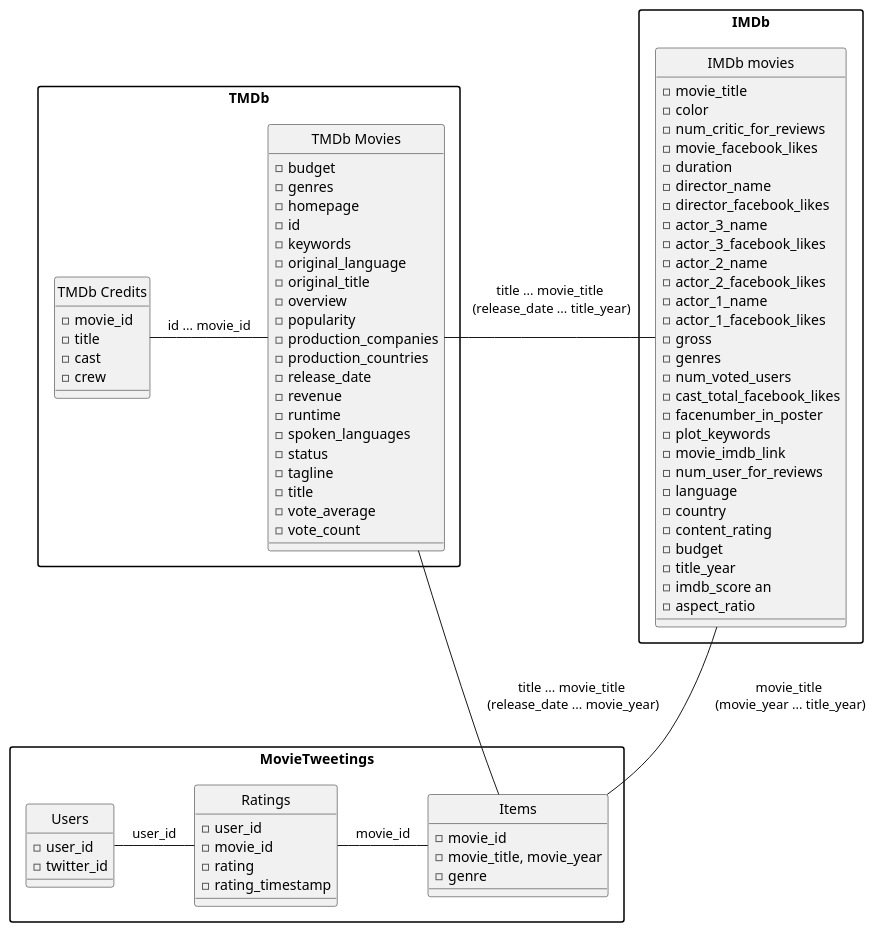
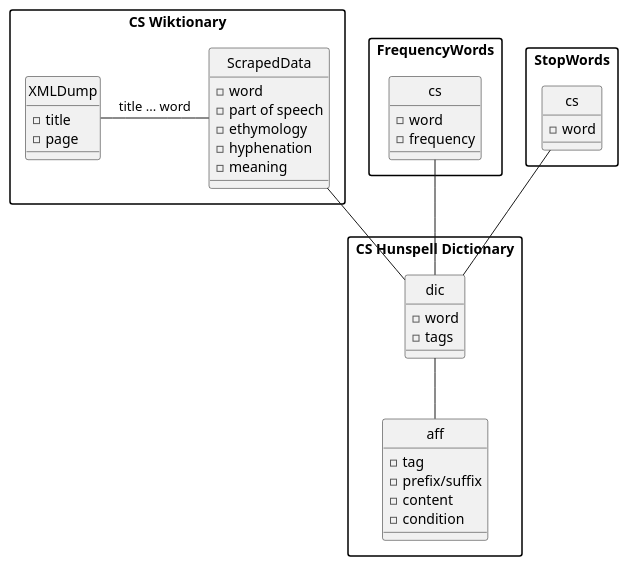
Before and after one commit to grissius/semantic-web: the diagram in relations.plantuml, drawn with PlantUML.

Commit message:
Add relationship diagram

```diff
--- a/relations.plantuml
+++ b/relations.plantuml
@@ -1,99 +1,55 @@
 @startuml
 ' skinparam handwritten true
 skinparam monochrome true
 hide circle
 skinparam packageStyle rectangle
 
-package IMDb {
-  class "IMDb movies" as IMDbt {
-    - movie_title
-    - color
-    - num_critic_for_reviews
-    - movie_facebook_likes
-    - duration
-    - director_name
-    - director_facebook_likes
-    - actor_3_name
-    - actor_3_facebook_likes
-    - actor_2_name
-    - actor_2_facebook_likes
-    - actor_1_name
-    - actor_1_facebook_likes
-    - gross
-    - genres
-    - num_voted_users
-    - cast_total_facebook_likes
-    - facenumber_in_poster
-    - plot_keywords
-    - movie_imdb_link
-    - num_user_for_reviews
-    - language
-    - country
-    - content_rating
-    - budget
-    - title_year
-    - imdb_score an
-    - aspect_ratio
+package "CS Wiktionary" as Wiktionary {
+  class XMLDump {
+    - title
+    - page
   }
-}
-package TMDb {
-  class "TMDb Credits" as tmdbc {
-    - movie_id
-    - title
-    - cast
-    - crew
+  class ScrapedData {
+    - word
+    - part of speech
+    - ethymology
+    - hyphenation
+    - meaning
   }
-
-  class "TMDb Movies" as tmdbm {
-    - budget
-    - genres
-    - homepage
-    - id
-    - keywords
-    - original_language
-    - original_title
-    - overview
-    - popularity
-    - production_companies
-    - production_countries
-    - release_date
-    - revenue
-    - runtime
-    - spoken_languages
-    - status
-    - tagline
-    - title
-    - vote_average
-    - vote_count
-  }
-
-  tmdbc -right- tmdbm: id ... movie_id
-}
-
-package MovieTweetings {
-  class Users {
-    - user_id
-    - twitter_id
-  }
-  class Items {
-    - movie_id
-    - movie_title, movie_year
-    - genre
-  }
-  class Ratings {
-    - user_id
-    - movie_id
-    - rating
-    - rating_timestamp
-  }
-  Ratings -left- Users: user_id
-  Ratings -right- Items: movie_id
+  XMLDump -right- ScrapedData: title ... word
 }
 
 
 
-tmdbm -left- IMDbt: \n  title ... movie_title  \n   (release_date ... title_year)  \n
-Items -up- tmdbm:  \n  title ... movie_title  \n   (release_date ... movie_year)  \n
-Items -up- IMDbt:  \n  movie_title  \n   (movie_year ... title_year)  \n
+package "CS Hunspell Dictionary" as Hunspell {
+  class dic {
+    - word
+    - tags
+  }
+  class aff {
+    - tag
+    - prefix/suffix
+    - content
+    - condition
+  }
+  dic -- aff
+}
+
+package FrequencyWords {
+  class "cs" as FrequencyWordsCs {
+    - word
+    - frequency
+  }
+}
+
+package StopWords {
+  class "cs" as StopWordsCs {
+    - word
+  }
+}
+
+ScrapedData -- dic
+StopWordsCs -- dic
+FrequencyWordsCs -- dic
 
 @enduml
```
